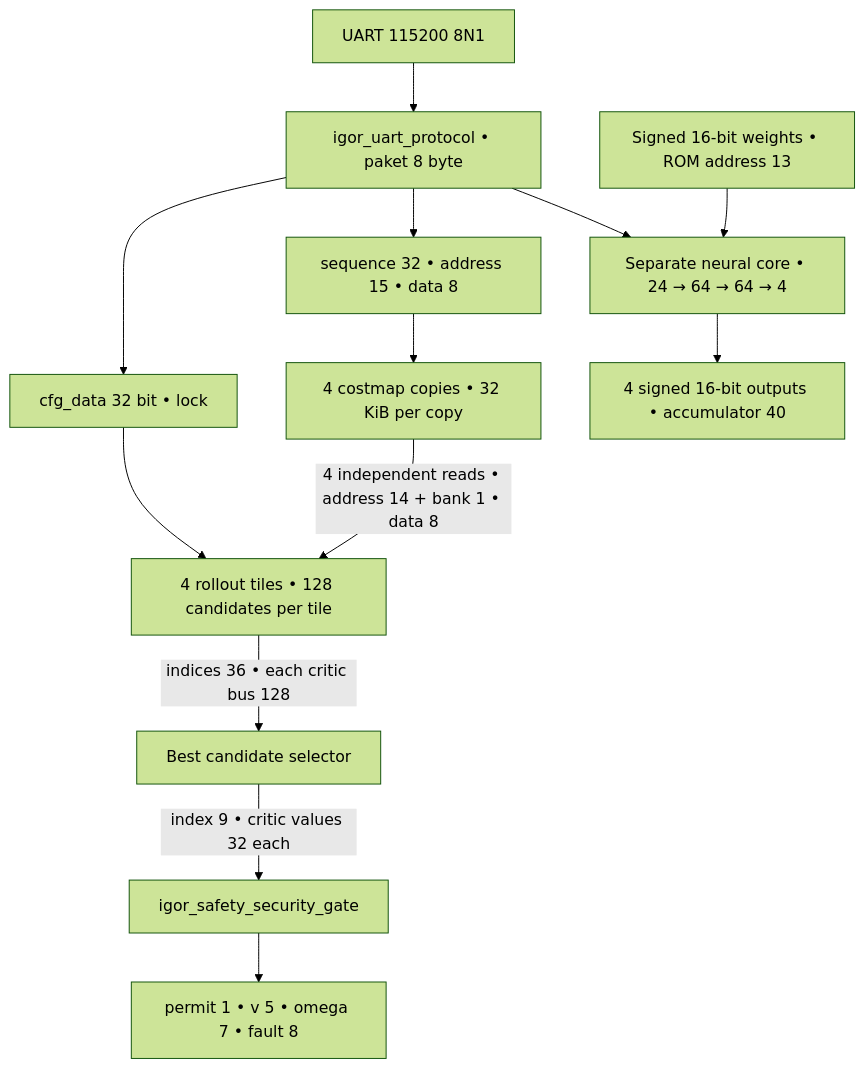
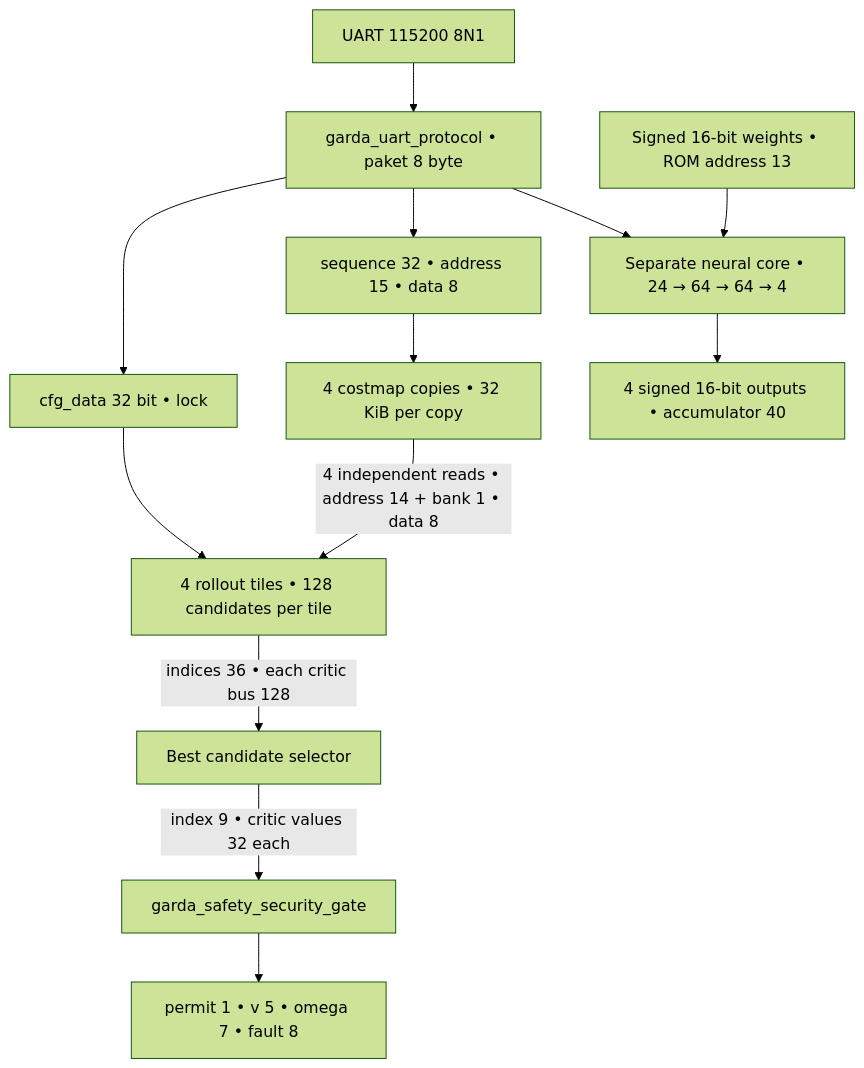
Before and after one commit to wlmoi/GARDA: the diagram in fpga/docs/ARCHITECTURE.md, drawn with Mermaid (forest theme). The commit also changed other lines of this file and 825 other files, not shown here.

````diff
--- a/fpga/docs/ARCHITECTURE.md
+++ b/fpga/docs/ARCHITECTURE.md
@@ -28,15 +28,15 @@
 ```mermaid
 flowchart TD
-    HOST["UART 115200 8N1"] --> UART["igor_uart_protocol • paket 8 byte"]
+    HOST["UART 115200 8N1"] --> UART["garda_uart_protocol • paket 8 byte"]
     UART --> CFG["cfg_data 32 bit • lock"]
     UART --> MAP["sequence 32 • address 15 • data 8"]
     MAP --> BANKS["4 costmap copies • 32 KiB per copy"]
     CFG --> DWA["4 rollout tiles • 128 candidates per tile"]
     BANKS -->|"4 independent reads • address 14 + bank 1 • data 8"| DWA
     DWA -->|"indices 36 • each critic bus 128"| BEST["Best candidate selector"]
-    BEST -->|"index 9 • critic values 32 each"| GATE["igor_safety_security_gate"]
+    BEST -->|"index 9 • critic values 32 each"| GATE["garda_safety_security_gate"]
     GATE --> OUT["permit 1 • v 5 • omega 7 • fault 8"]
     UART --> NN["Separate neural core • 24 → 64 → 64 → 4"]
     ROM["Signed 16-bit weights • ROM address 13"] --> NN
     NN --> NNR["4 signed 16-bit outputs • accumulator 40"]
 ```
````
